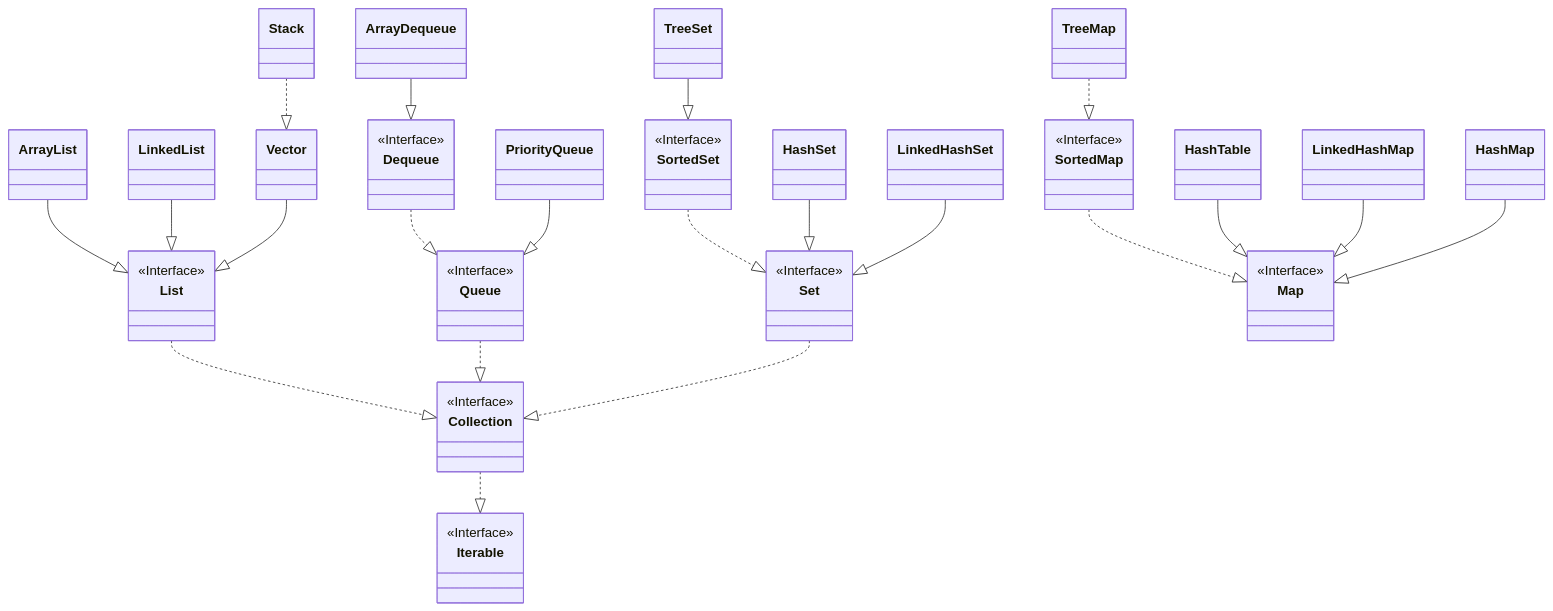
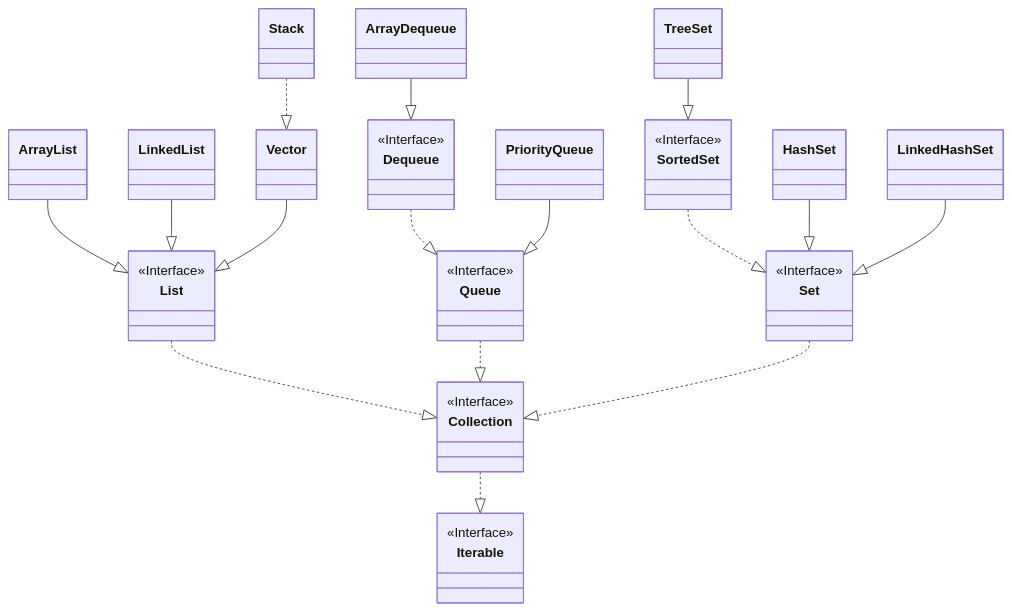
The first of 2 diagrams in README.md (2erick/Collection-Framework), drawn with Mermaid before and after one commit.

Commit message:
ref: split map of collections

````diff
--- a/README.md
+++ b/README.md
@@ -11,87 +12,38 @@
 classDiagram
 
 class Iterable <<Interface>>
-
 class Collection <<Interface>>
-
 class List <<Interface>>
-
 class Queue <<Interface>>
-
 class Set <<Interface>>
-
 class Dequeue <<Interface>>
-
 class SortedSet <<Interface>>
 
-class Map <<Interface>>
-
-class SortedMap <<Interface>>
-
 class ArrayList
-
 class LinkedList
-
 class Vector
-
 class Stack
-
 class PriorityQueue
-
 class ArrayDequeue
-
 class HashSet
-
 class LinkedHashSet
-
 class TreeSet
 
-class TreeMap
-
-class HashTable
-
-class LinkedHashMap
-
-class HashMap
-
 Collection ..|> Iterable
-
 List ..|> Collection
-
 Queue ..|> Collection
-
 Set ..|> Collection
-
 Dequeue ..|> Queue
-
 SortedSet ..|> Set
 
-SortedMap ..|> Map
-
-TreeMap ..|> SortedMap
-
 ArrayList --|> List
-
 LinkedList --|> List
-
 Vector --|> List
-
 Stack ..|> Vector
-
 PriorityQueue --|> Queue
-
 ArrayDequeue --|> Dequeue
-
 HashSet --|> Set
-
 LinkedHashSet --|> Set
-
 TreeSet --|> SortedSet
 
-HashTable --|> Map
-
-LinkedHashMap --|> Map
-
-HashMap --|> Map
-
 ```
````
